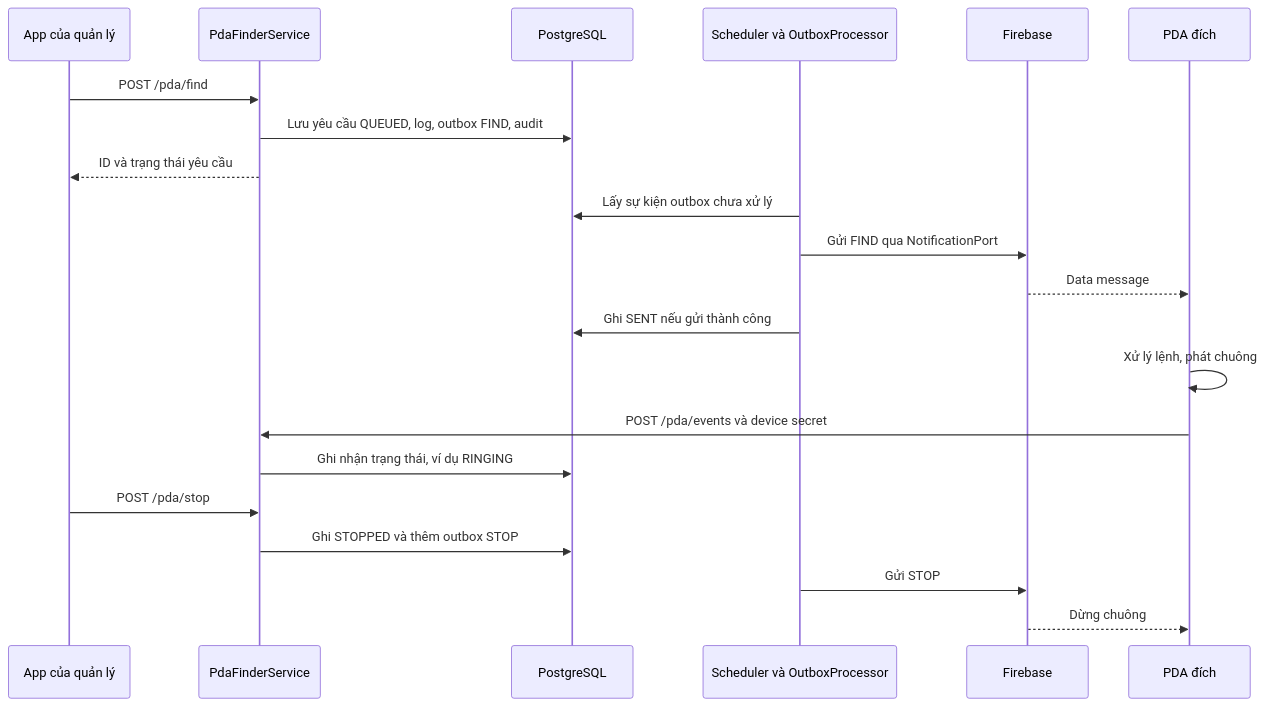
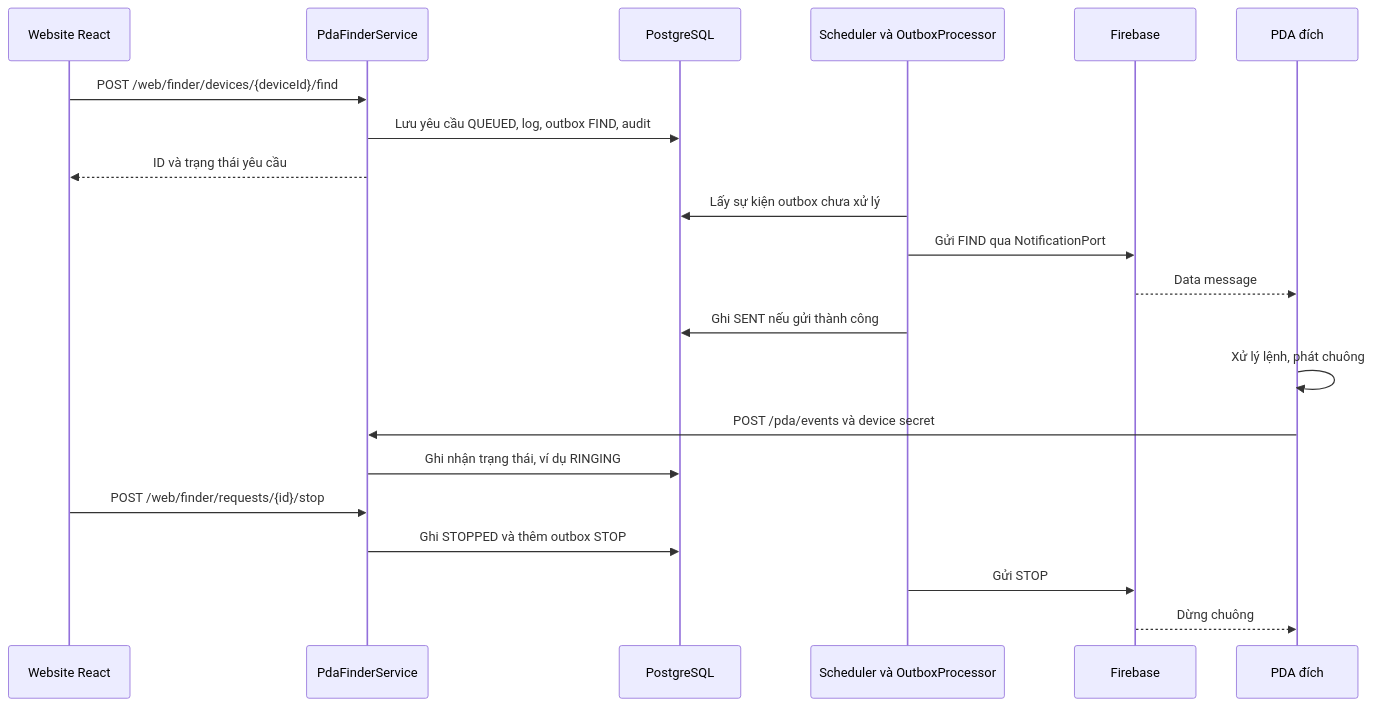
The third of 3 diagrams in pda-management/PROJECT_GUIDE.vi.md (ThienDuc1112/spa_device), drawn with Mermaid before and after one commit. The commit also changed other lines of this file and 74 other files, not shown here.

Commit message:
Update PDA registration, FCM finder and documentation

````diff
--- a/pda-management/PROJECT_GUIDE.vi.md
+++ b/pda-management/PROJECT_GUIDE.vi.md
@@ -220,23 +220,23 @@
 ```mermaid
 sequenceDiagram
-    participant User as App của quản lý
+    participant User as Website React
     participant Service as PdaFinderService
     participant DB as PostgreSQL
     participant Worker as Scheduler và OutboxProcessor
     participant FCM as Firebase
     participant PDA as PDA đích
-    User->>Service: POST /pda/find
+    User->>Service: POST /web/finder/devices/{deviceId}/find
     Service->>DB: Lưu yêu cầu QUEUED, log, outbox FIND, audit
     Service-->>User: ID và trạng thái yêu cầu
     Worker->>DB: Lấy sự kiện outbox chưa xử lý
     Worker->>FCM: Gửi FIND qua NotificationPort
     FCM-->>PDA: Data message
     Worker->>DB: Ghi SENT nếu gửi thành công
     PDA->>PDA: Xử lý lệnh, phát chuông
     PDA->>Service: POST /pda/events và device secret
     Service->>DB: Ghi nhận trạng thái, ví dụ RINGING
-    User->>Service: POST /pda/stop
+    User->>Service: POST /web/finder/requests/{id}/stop
     Service->>DB: Ghi STOPPED và thêm outbox STOP
     Worker->>FCM: Gửi STOP
     FCM-->>PDA: Dừng chuông
 ```
````
